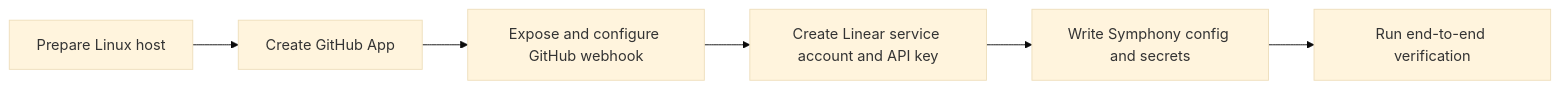
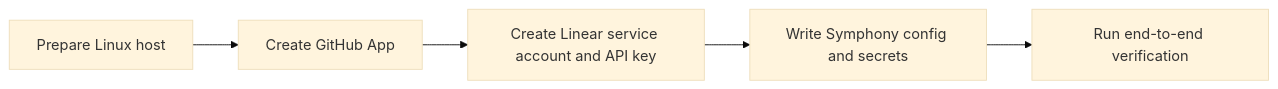
Before and after one commit to mngeow/heimdall: the diagram in docs/setup/README.md, drawn with Mermaid (base theme). The commit also changed other lines of this file and 22 other files, not shown here.

First line of the commit message:
feat: define GitHub polling intake

````diff
--- a/docs/setup/README.md
+++ b/docs/setup/README.md
@@ -7,8 +7,7 @@
 ```mermaid
 flowchart LR
     Host["Prepare Linux host"] --> GitHub["Create GitHub App"]
-    GitHub --> Webhook["Expose and configure GitHub webhook"]
-    Webhook --> Linear["Create Linear service account and API key"]
+    GitHub --> Linear["Create Linear service account and API key"]
     Linear --> Config["Write Symphony config and secrets"]
     Config --> Verify["Run end-to-end verification"]
 ```
````
